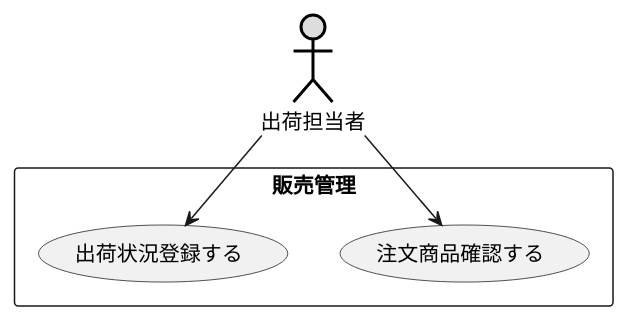
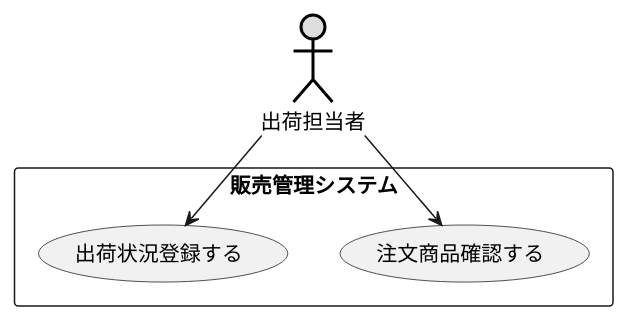
One commit to itouayumu/uml-introduction- changed the diagram in 演習2-5_盛岡商事_販売管理システム.pu. Above: the diagram before and after it, drawn with PlantUML. The commit also changed 1 other file, not shown here.

```diff
--- a/演習2-5_盛岡商事_販売管理システム.pu
+++ b/演習2-5_盛岡商事_販売管理システム.pu
@@ -1,18 +1,18 @@
 @startuml ユースケース図
 ' left to right direction
 
      actor 出荷担当者 as u1 #DDDDDD;line:black;line.bold;
     
 
-rectangle 販売管理 {
+rectangle 販売管理システム {
 
 usecase 注文商品確認する as a2
 usecase 出荷状況登録する as a3
 
 }
 
 
 
 u1-->a2
 u1-->a3
 @enduml
```
